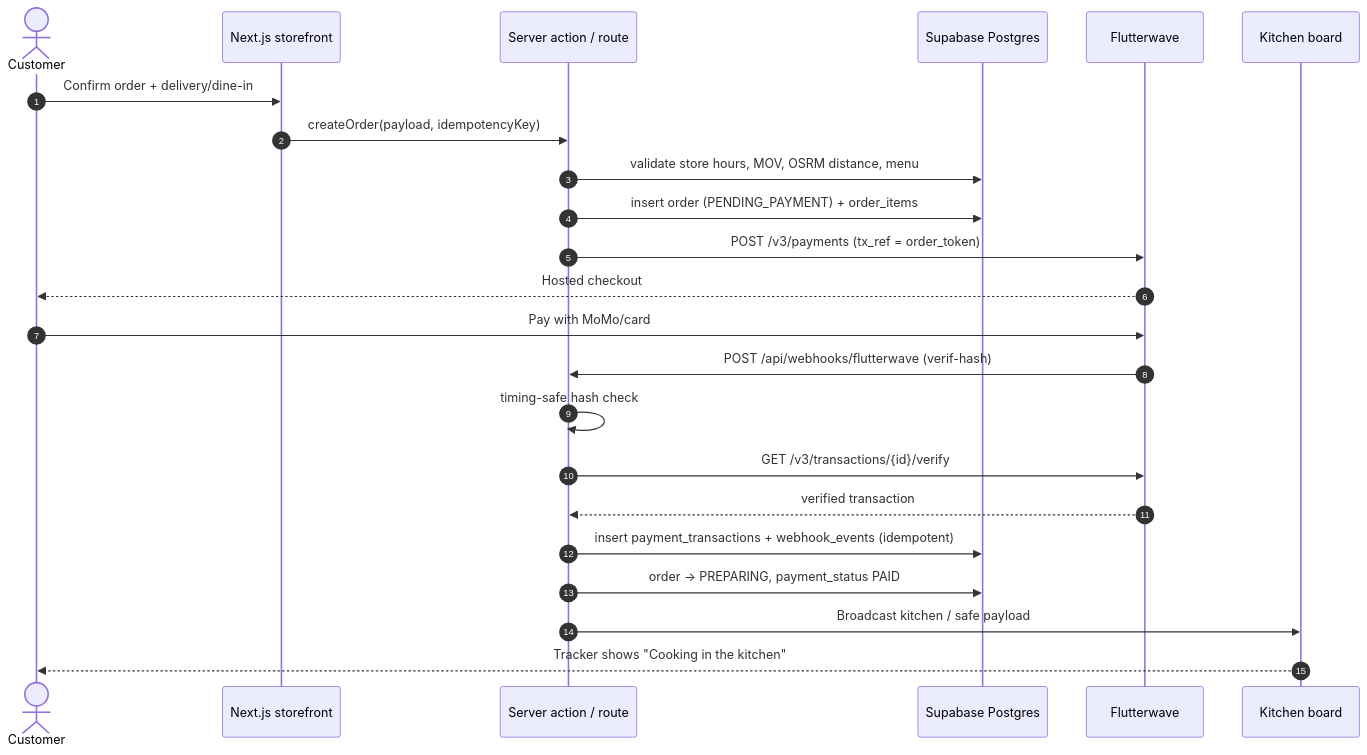
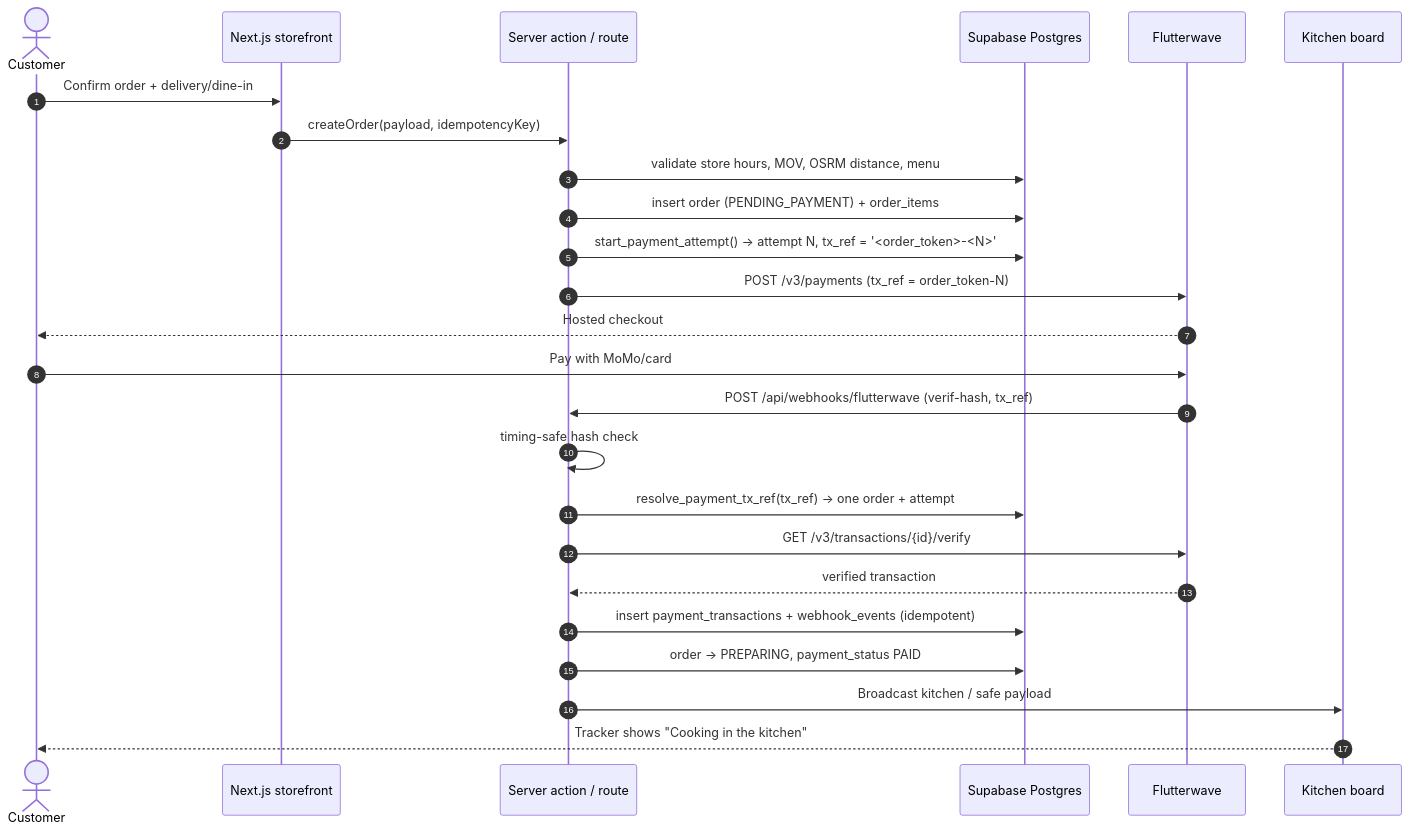
One commit to moroujahmed/morouj-mazaar-mrfss-project changed the first of 7 diagrams in docs/SEQUENCE_DIAGRAMS.md. Above: the diagram before and after it, drawn with Mermaid. The commit also changed other lines of this file and 20 other files, not shown here.

````diff
--- a/docs/SEQUENCE_DIAGRAMS.md
+++ b/docs/SEQUENCE_DIAGRAMS.md
@@ -16,26 +16,28 @@
 ```mermaid
 sequenceDiagram
     autonumber
     actor C as Customer
     participant UI as Next.js storefront
     participant API as Server action / route
     participant DB as Supabase Postgres
     participant FLW as Flutterwave
     participant K as Kitchen board
 
     C->>UI: Confirm order + delivery/dine-in
     UI->>API: createOrder(payload, idempotencyKey)
     API->>DB: validate store hours, MOV, OSRM distance, menu
     API->>DB: insert order (PENDING_PAYMENT) + order_items
-    API->>FLW: POST /v3/payments (tx_ref = order_token)
+    API->>DB: start_payment_attempt() → attempt N, tx_ref = '<order_token>-<N>'
+    API->>FLW: POST /v3/payments (tx_ref = order_token-N)
     FLW-->>C: Hosted checkout
     C->>FLW: Pay with MoMo/card
-    FLW->>API: POST /api/webhooks/flutterwave (verif-hash)
+    FLW->>API: POST /api/webhooks/flutterwave (verif-hash, tx_ref)
     API->>API: timing-safe hash check
+    API->>DB: resolve_payment_tx_ref(tx_ref) → one order + attempt
     API->>FLW: GET /v3/transactions/{id}/verify
     FLW-->>API: verified transaction
     API->>DB: insert payment_transactions + webhook_events (idempotent)
     API->>DB: order -> PREPARING, payment_status PAID
     API->>K: Broadcast kitchen / safe payload
     K-->>C: Tracker shows "Cooking in the kitchen"
 ```
````
